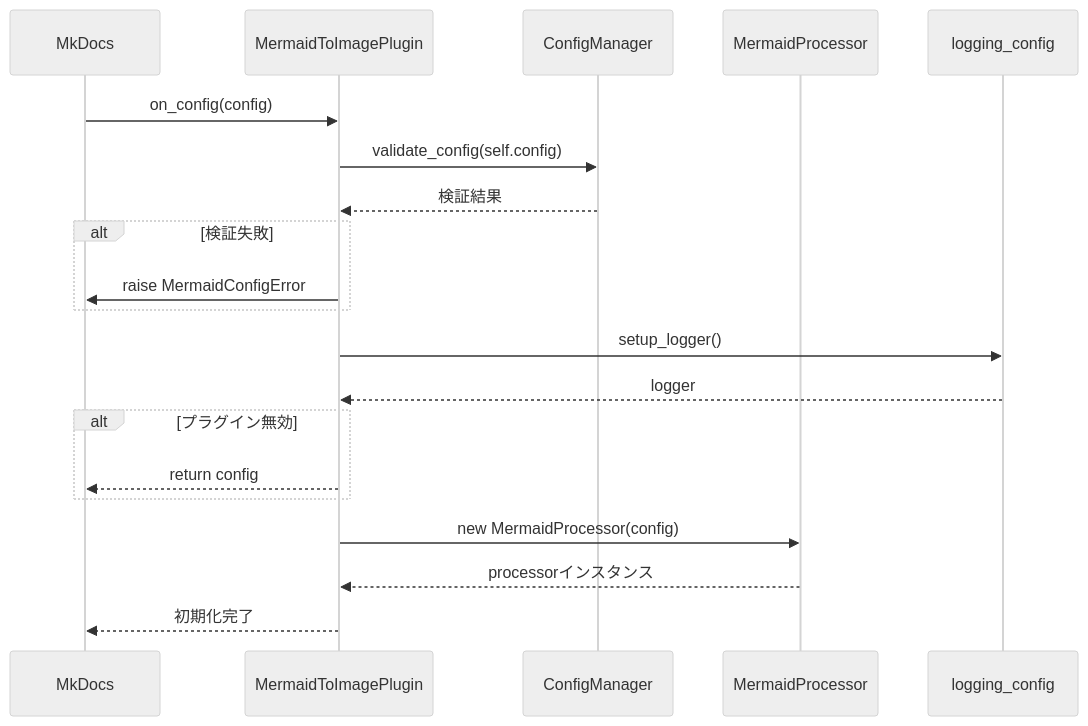
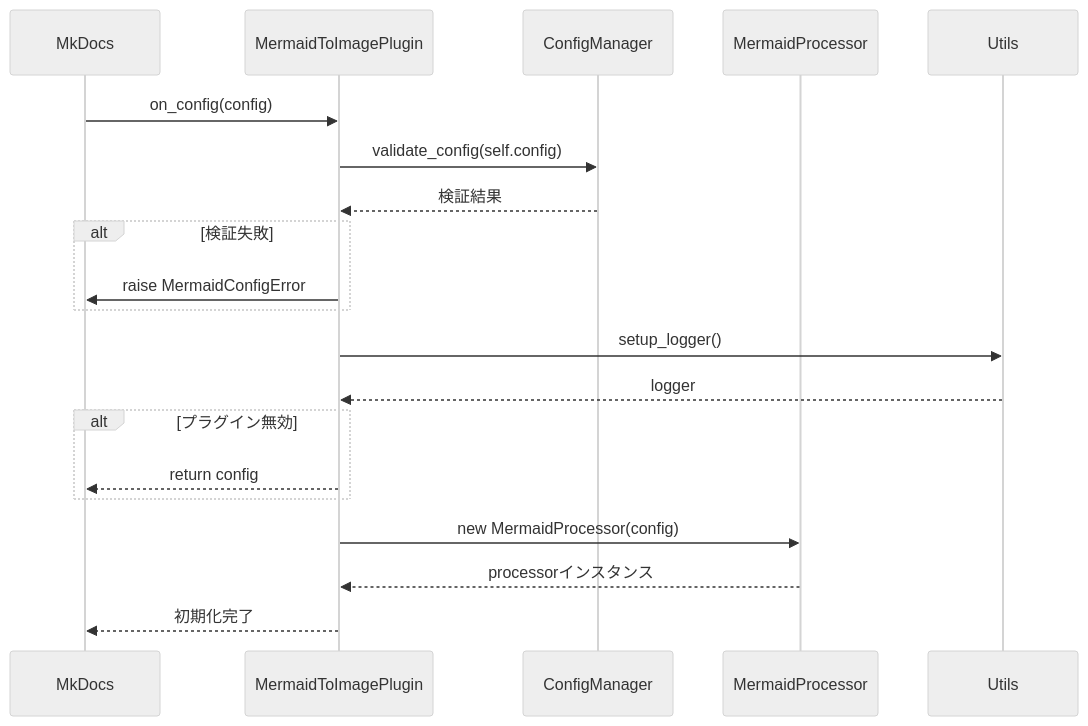
The third of 7 diagrams in docs/architecture.md (nuitsjp/mkdocs-mermaid-to-svg), drawn with Mermaid (neutral theme) before and after one commit. The commit also changed other lines of this file, not shown here.

````diff
--- a/docs/architecture.md
+++ b/docs/architecture.md
@@ -153,27 +154,27 @@
 ```mermaid
 sequenceDiagram
     participant MkDocs
     participant Plugin as MermaidToImagePlugin
     participant CfgMgr as ConfigManager
     participant Proc as MermaidProcessor
-    participant Logger as logging_config
+    participant Utils
 
     MkDocs->>Plugin: on_config(config)
     Plugin->>CfgMgr: validate_config(self.config)
     CfgMgr-->>Plugin: 検証結果
     alt 検証失敗
         Plugin->>MkDocs: raise MermaidConfigError
     end
 
-    Plugin->>Logger: setup_logger()
-    Logger-->>Plugin: logger
+    Plugin->>Utils: setup_logger()
+    Utils-->>Plugin: logger
 
     alt プラグイン無効
         Plugin-->>MkDocs: return config
     end
 
     Plugin->>Proc: new MermaidProcessor(config)
     Proc-->>Plugin: processorインスタンス
 
     Plugin-->>MkDocs: 初期化完了
 ```
````
